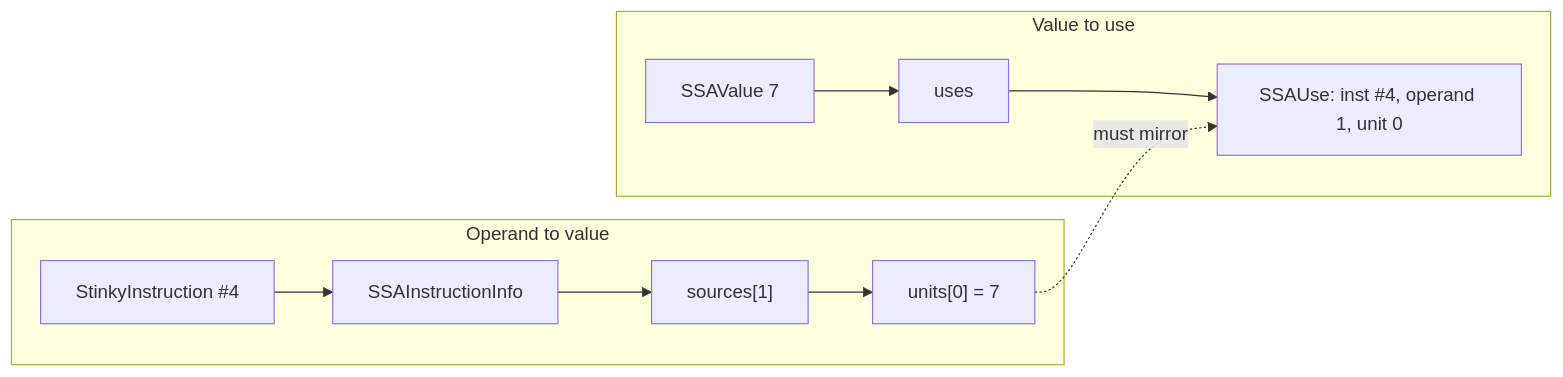
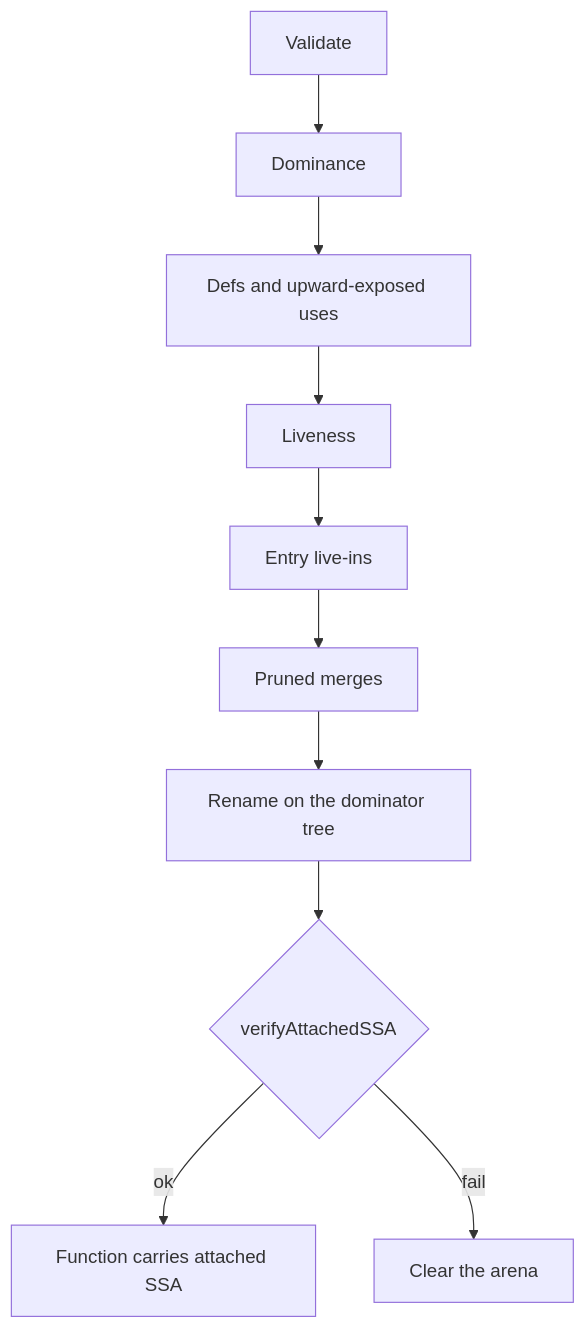
One commit to somayeh-rahimipour/rocm-libraries-fork changed the first of 2 diagrams in shared/stinkytofu/docs/developer/lift-asm-registers-to-ssa-pass.md. Above: the diagram before and after it, drawn with Mermaid. The commit also changed other lines of this file and 67 other files, not shown here.

````diff
--- a/shared/stinkytofu/docs/developer/lift-asm-registers-to-ssa-pass.md
+++ b/shared/stinkytofu/docs/developer/lift-asm-registers-to-ssa-pass.md
@@ -581,15 +255,12 @@
 ```mermaid
-flowchart LR
-    subgraph forward [Operand to value]
-        I1["StinkyInstruction #4"] --> II[SSAInstructionInfo]
-        II --> SB["sources[1]"]
-        SB --> U0["units[0] = 7"]
-    end
-
-    subgraph backward [Value to use]
-        V7["SSAValue 7"] --> UL[uses]
-        UL --> UE["SSAUse: inst #4, operand 1, unit 0"]
-    end
-
-    U0 -. must mirror .-> UE
+flowchart TD
+    V[Validate] --> D[Dominance]
+    D --> U["Defs and upward-exposed uses"]
+    U --> L[Liveness]
+    L --> I["Entry live-ins"]
+    I --> P["Pruned merges"]
+    P --> R["Rename on the dominator tree"]
+    R --> F{verifyAttachedSSA}
+    F -->|ok| S[Function carries attached SSA]
+    F -->|fail| C[Clear the arena]
 ```
````
